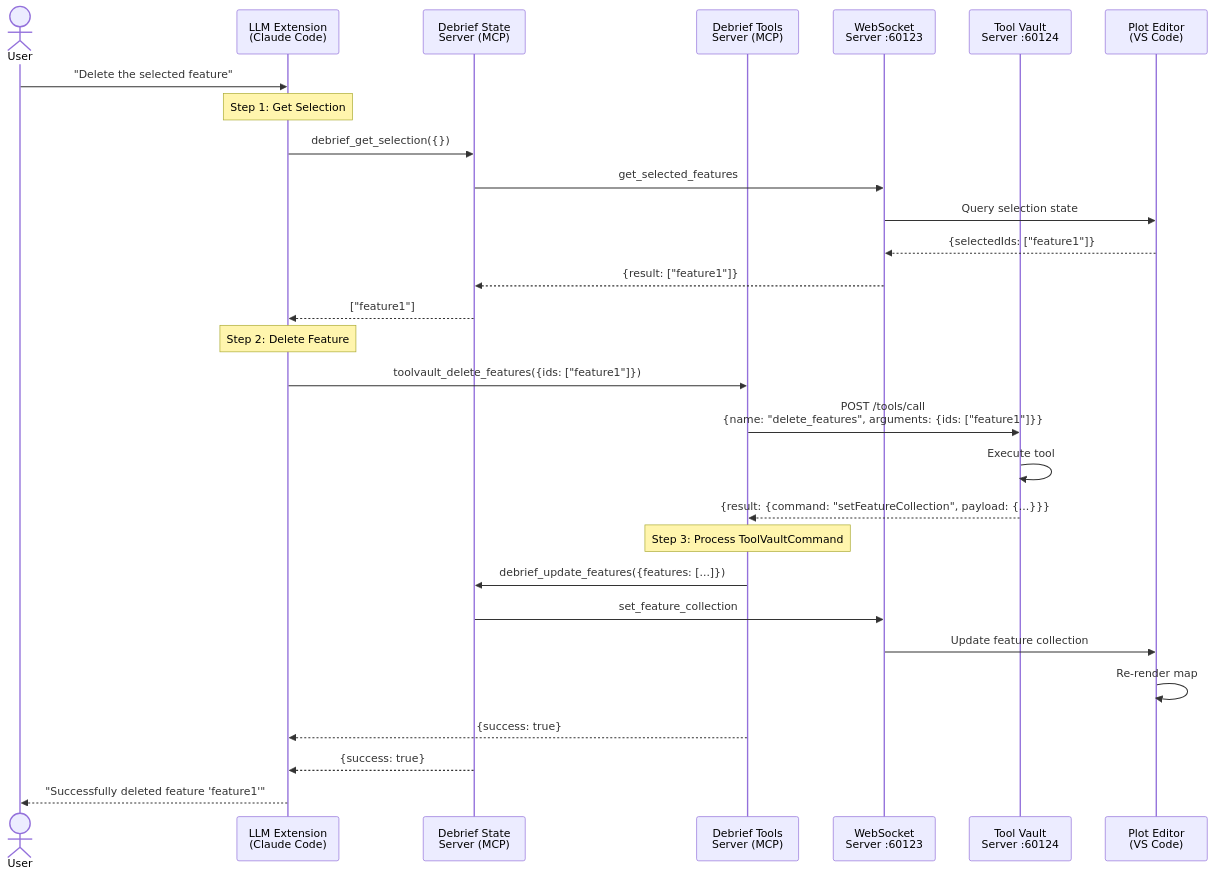
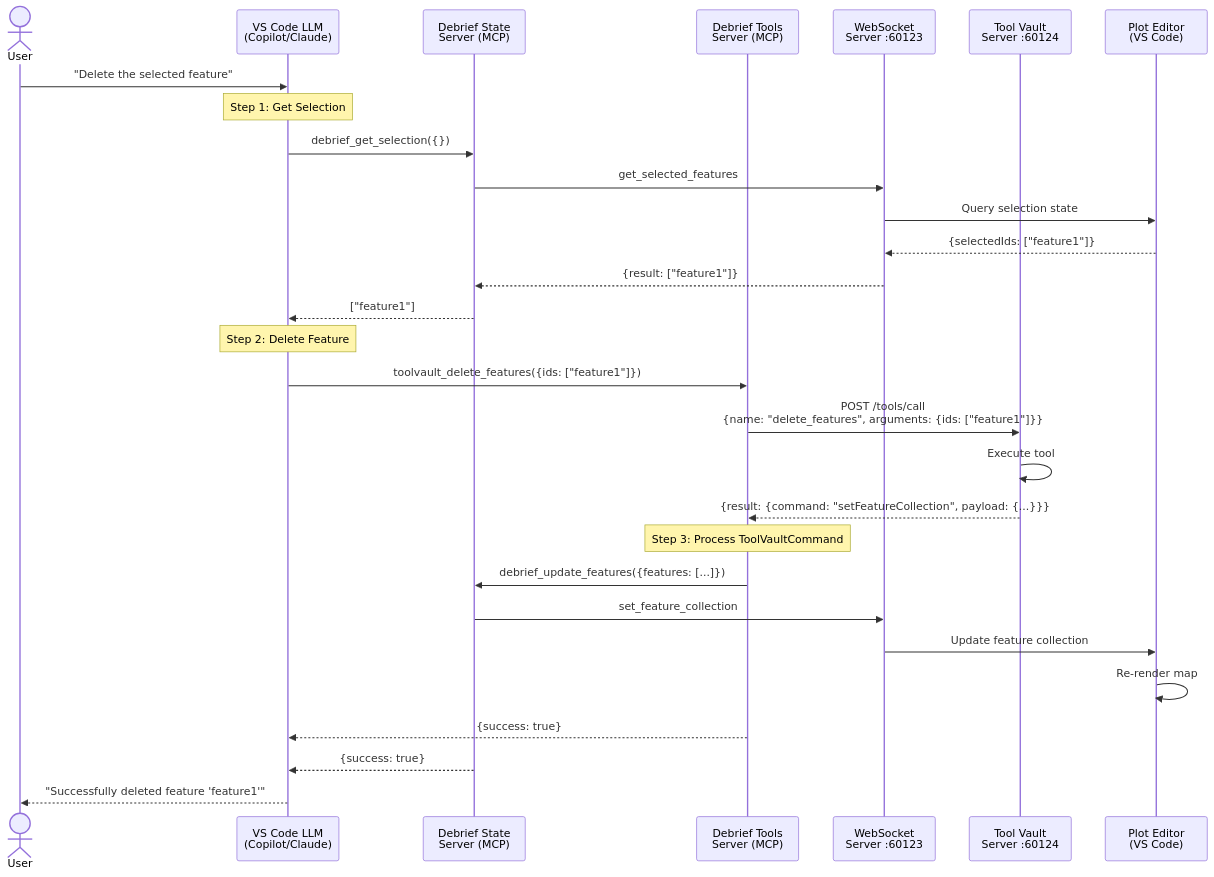
The second of 2 diagrams in docs/llm-integration-architecture.md (debrief/future-debrief), drawn with Mermaid before and after one commit. The commit also changed other lines of this file, not shown here.

First line of the commit message:
docs: Clarify VS Code-compatible LLM integrations (remove CLI references)

````diff
--- a/docs/llm-integration-architecture.md
+++ b/docs/llm-integration-architecture.md
@@ -1804,37 +1804,37 @@
 ```mermaid
 sequenceDiagram
     actor User
-    participant LLM as LLM Extension<br/>(Claude Code)
+    participant LLM as VS Code LLM<br/>(Copilot/Claude)
     participant State as Debrief State<br/>Server (MCP)
     participant Tools as Debrief Tools<br/>Server (MCP)
     participant WS as WebSocket<br/>Server :60123
     participant TV as Tool Vault<br/>Server :60124
     participant PE as Plot Editor<br/>(VS Code)
 
     User->>LLM: "Delete the selected feature"
 
     Note over LLM: Step 1: Get Selection
     LLM->>State: debrief_get_selection({})
     State->>WS: get_selected_features
     WS->>PE: Query selection state
     PE-->>WS: {selectedIds: ["feature1"]}
     WS-->>State: {result: ["feature1"]}
     State-->>LLM: ["feature1"]
 
     Note over LLM: Step 2: Delete Feature
     LLM->>Tools: toolvault_delete_features({ids: ["feature1"]})
     Tools->>TV: POST /tools/call<br/>{name: "delete_features", arguments: {ids: ["feature1"]}}
     TV->>TV: Execute tool
     TV-->>Tools: {result: {command: "setFeatureCollection", payload: {...}}}
 
     Note over Tools: Step 3: Process ToolVaultCommand
     Tools->>State: debrief_update_features({features: [...]})
     State->>WS: set_feature_collection
     WS->>PE: Update feature collection
     PE->>PE: Re-render map
 
     Tools-->>LLM: {success: true}
     State-->>LLM: {success: true}
 
     LLM-->>User: "Successfully deleted feature 'feature1'"
 ```
````
